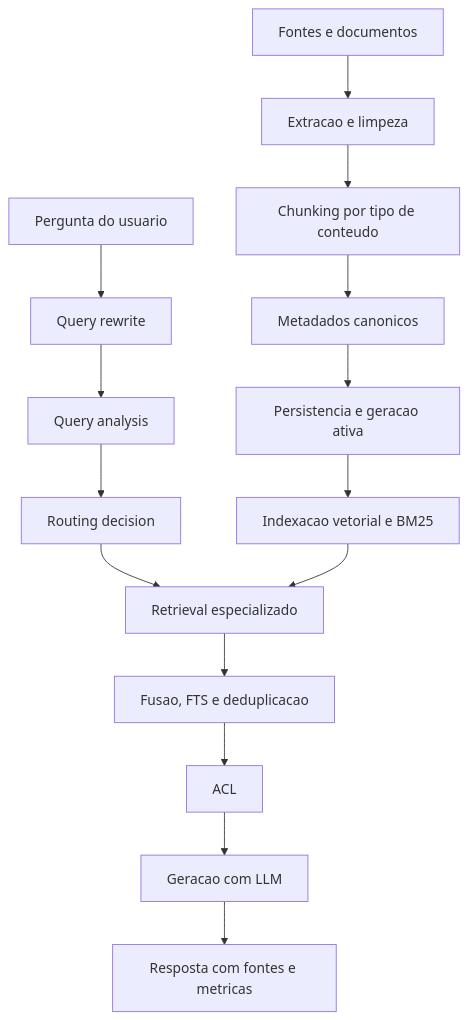
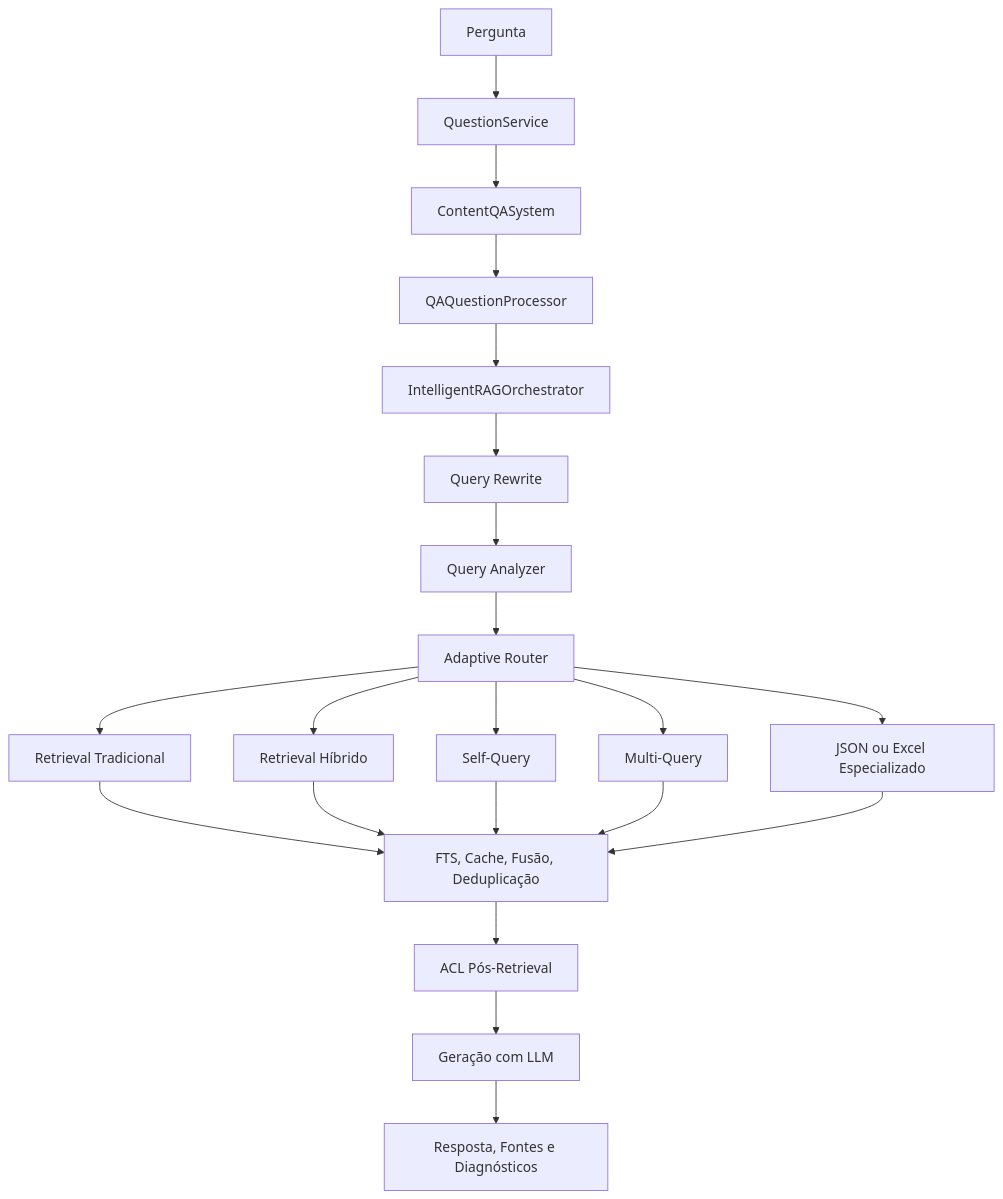
One commit to MEDIUM-FOOD/linx-food-docs changed the diagram in docs/README-CONCEITUAL-RAG-PIPELINE-COMPLETO.md. Above: the diagram before and after it, drawn with Mermaid. The commit also changed other lines of this file and 10 other files, not shown here.

````diff
--- a/docs/README-CONCEITUAL-RAG-PIPELINE-COMPLETO.md
+++ b/docs/README-CONCEITUAL-RAG-PIPELINE-COMPLETO.md
@@ -164,17 +202,23 @@
 ```mermaid
 flowchart TD
-    A[Fontes e documentos] --> B[Extracao e limpeza]
-    B --> C[Chunking por tipo de conteudo]
-    C --> D[Metadados canonicos]
-    D --> E[Persistencia e geracao ativa]
-    E --> F[Indexacao vetorial e BM25]
-    G[Pergunta do usuario] --> H[Query rewrite]
-    H --> I[Query analysis]
-    I --> J[Routing decision]
-    J --> K[Retrieval especializado]
-    F --> K
-    K --> L[Fusao, FTS e deduplicacao]
-    L --> M[ACL]
-    M --> N[Geracao com LLM]
-    N --> O[Resposta com fontes e metricas]
+    A[Pergunta] --> B[QuestionService]
+    B --> C[ContentQASystem]
+    C --> D[QAQuestionProcessor]
+    D --> E[IntelligentRAGOrchestrator]
+    E --> F[Query Rewrite]
+    F --> G[Query Analyzer]
+    G --> H[Adaptive Router]
+    H --> I[Retrieval Tradicional]
+    H --> J[Retrieval Híbrido]
+    H --> K[Self-Query]
+    H --> L[Multi-Query]
+    H --> M[JSON ou Excel Especializado]
+    I --> N[FTS, Cache, Fusão, Deduplicação]
+    J --> N
+    K --> N
+    L --> N
+    M --> N
+    N --> O[ACL Pós-Retrieval]
+    O --> P[Geração com LLM]
+    P --> Q[Resposta, Fontes e Diagnósticos]
 ```
````
